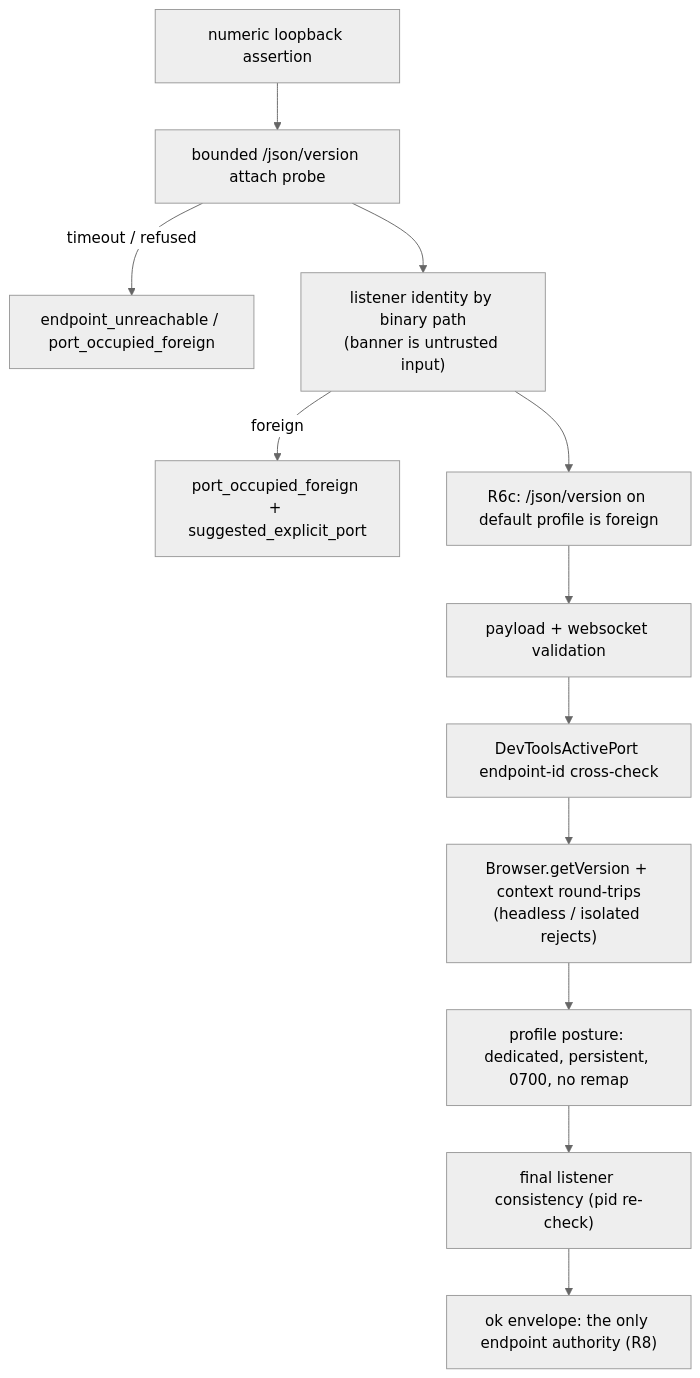
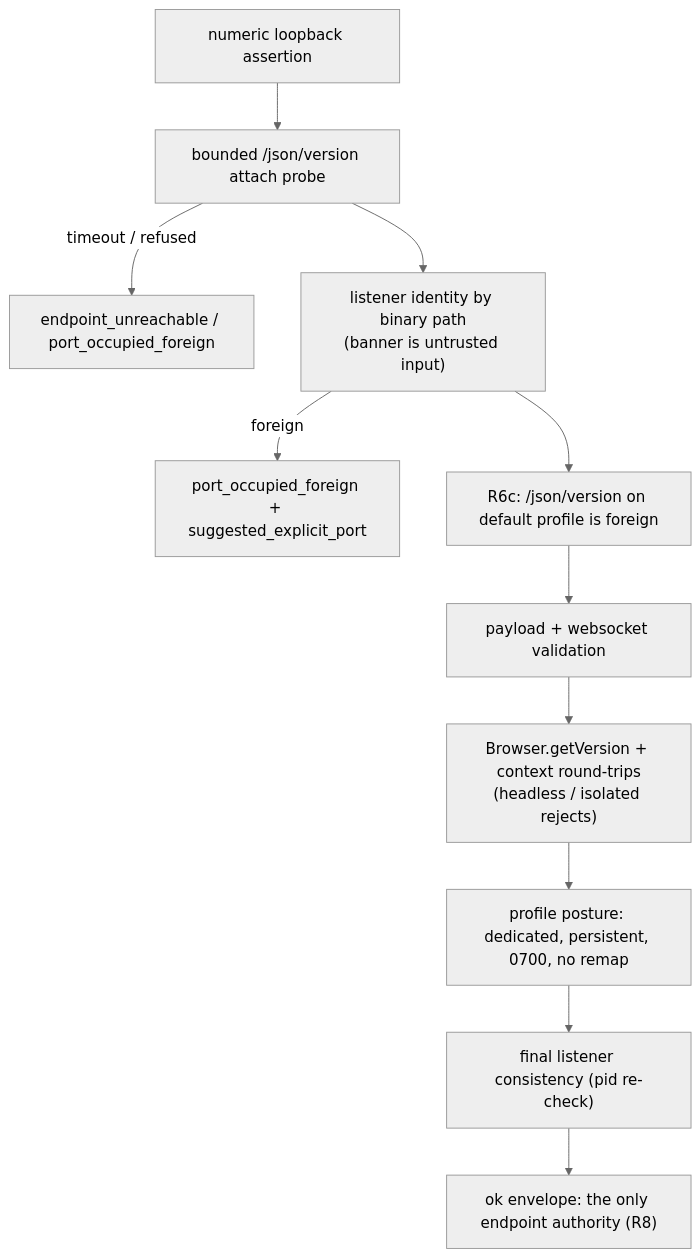
The second of 2 diagrams in runtime/warm-chrome/ARCHITECTURE.md (nathanvale/claude-code-config), drawn with Mermaid (neutral theme) before and after one commit. The commit also changed other lines of this file and 8 other files, not shown here.

````diff
--- a/runtime/warm-chrome/ARCHITECTURE.md
+++ b/runtime/warm-chrome/ARCHITECTURE.md
@@ -124,14 +124,13 @@
 ```mermaid
 flowchart TD
   Endpoint["numeric loopback assertion"] --> Attach["bounded /json/version attach probe"]
   Attach -- "timeout / refused" --> Unreachable["endpoint_unreachable / port_occupied_foreign"]
   Attach --> Listener["listener identity by binary path<br/>(banner is untrusted input)"]
   Listener -- foreign --> Foreign["port_occupied_foreign + suggested_explicit_port"]
   Listener --> DefaultProfile["R6c: /json/version on default profile is foreign"]
   DefaultProfile --> Payload["payload + websocket validation"]
-  Payload --> EndpointId["DevToolsActivePort endpoint-id cross-check"]
-  EndpointId --> Cdp["Browser.getVersion + context round-trips<br/>(headless / isolated rejects)"]
+  Payload --> Cdp["Browser.getVersion + context round-trips<br/>(headless / isolated rejects)"]
   Cdp --> Profile["profile posture: dedicated, persistent, 0700, no remap"]
   Profile --> Final["final listener consistency (pid re-check)"]
   Final --> Verified["ok envelope: the only endpoint authority (R8)"]
 ```
````
